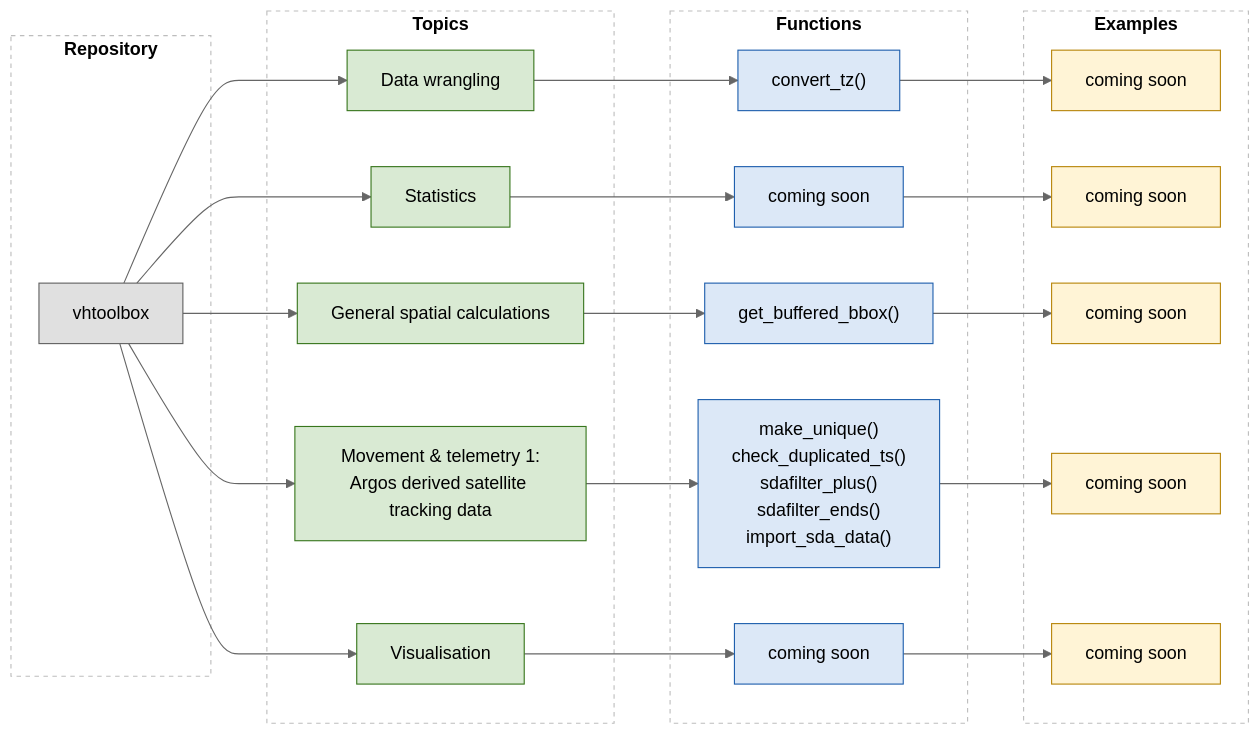
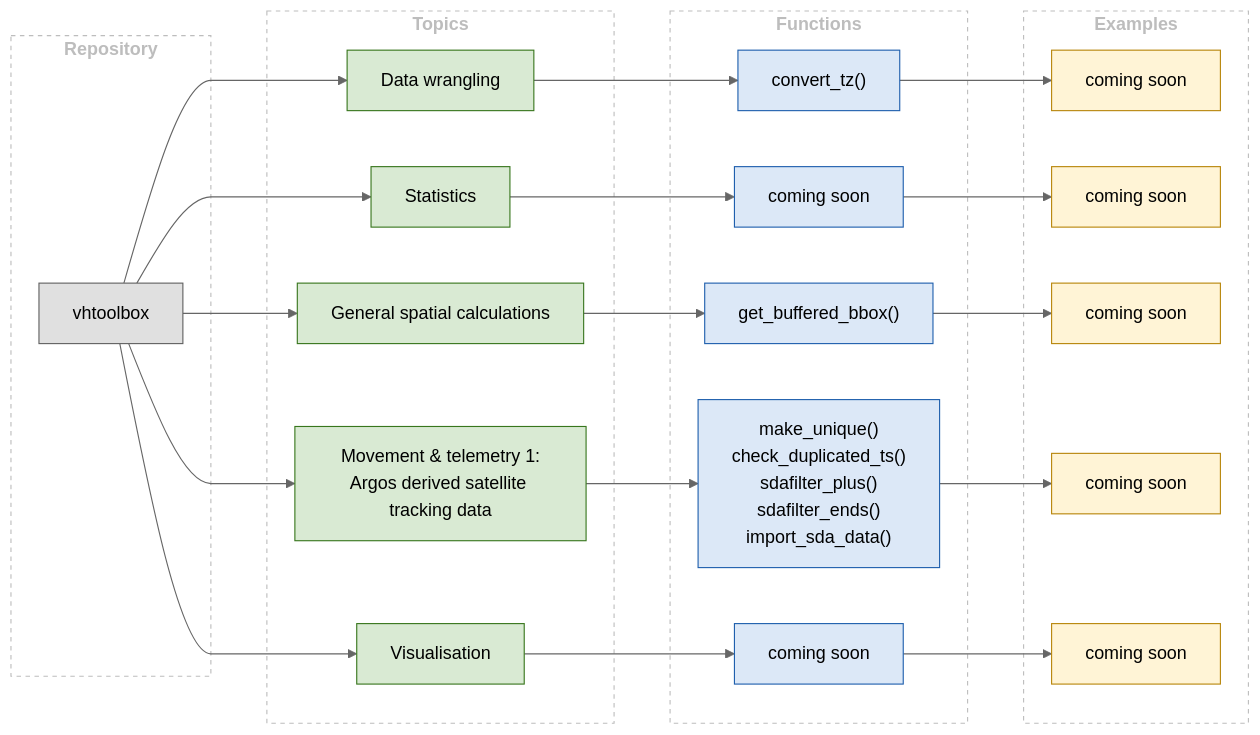
Before and after one commit to vheim/vhtoolbox: the diagram in README.md, drawn with Mermaid (neutral theme).

Commit message:
mermaid layout

````diff
--- a/README.md
+++ b/README.md
@@ -25,49 +25,50 @@
 ```mermaid
-graph LR
+%%{init: {"flowchart": {"curve": "monotoneX"}}}%%
+flowchart LR
   subgraph L1["<b>Repository</b>"]
     R["vhtoolbox"]
   end
   subgraph L2["<b>Topics</b>"]
     T1["Data wrangling"]
     T2["Statistics"]
     T3["General spatial calculations"]
     T4["Movement & telemetry 1:<br/>Argos derived satellite tracking data"]
     T5["Visualisation"]
   end
   subgraph L3["<b>Functions</b>"]
     F1["convert_tz()"]
     F2["coming soon"]
     F3["get_buffered_bbox()"]
     F4["make_unique()<br/>check_duplicated_ts()<br/>sdafilter_plus()<br/>sdafilter_ends()<br/>import_sda_data()"]
     F5["coming soon"]
   end
   subgraph L4["<b>Examples</b>"]
     E1["coming soon"]
     E2["coming soon"]
     E3["coming soon"]
     E4["coming soon"]
     E5["coming soon"]
   end
 
   R --> T1 & T2 & T3 & T4 & T5
   T1 --> F1 --> E1
   T2 --> F2 --> E2
   T3 --> F3 --> E3
   T4 --> F4 --> E4
   T5 --> F5 --> E5
 
   %% One example box per topic: replace "coming soon" with the example name(s),
   %% each followed by the functions it uses in italics, e.g.
   %%   E4["Rexample_sdafilter_plus.R<br/><i>sdafilter_plus(), sdafilter_ends()</i>"]
 
   classDef repo     fill:#E0E0E0,stroke:#616161,color:#000;
   classDef topic    fill:#D9EAD3,stroke:#38761D,color:#000;
   classDef func     fill:#DCE8F7,stroke:#1F5FAD,color:#000;
   classDef example  fill:#FFF4D6,stroke:#B8860B,color:#000;
-  classDef level    fill:none,stroke:#BDBDBD,stroke-dasharray:4 4,color:#000;
+  classDef level    fill:none,stroke:#BDBDBD,stroke-dasharray:4 4,color:#BDBDBD;
   class R repo;
   class T1,T2,T3,T4,T5 topic;
   class F1,F2,F3,F4,F5 func;
   class E1,E2,E3,E4,E5 example;
   class L1,L2,L3,L4 level;
 ```
````
